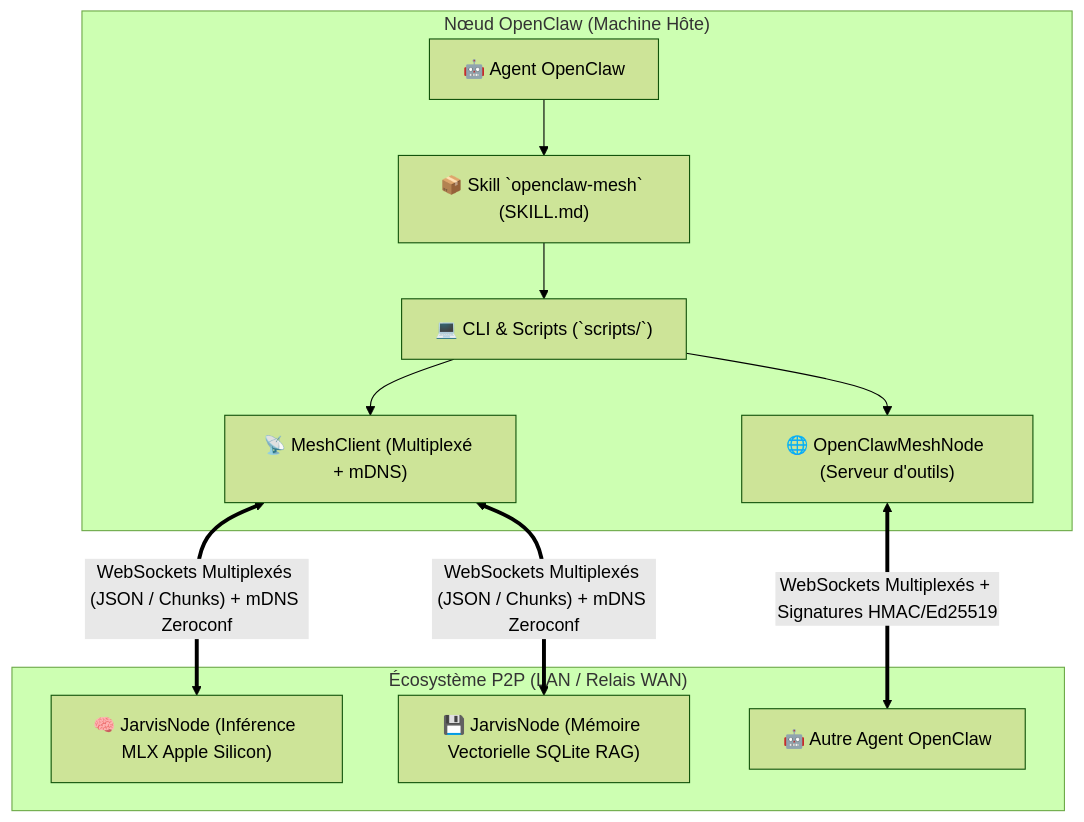
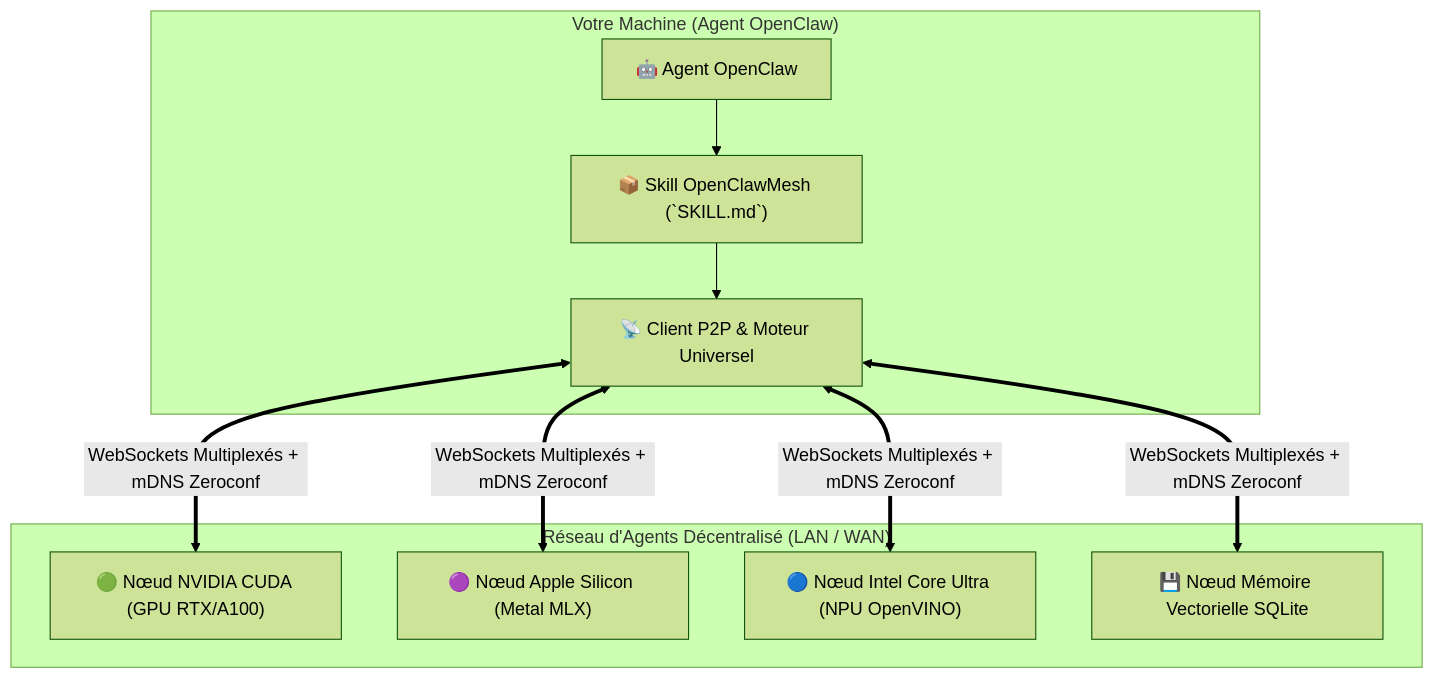
The diagram in README.fr.md (samajesteduroyaume/OpenClawMesh), drawn with Mermaid (forest theme) before and after one commit. The commit also changed other lines of this file and 4 other files, not shown here.

````diff
--- a/README.fr.md
+++ b/README.fr.md
@@ -16,25 +43,22 @@
 ```mermaid
 graph TD
-    subgraph "Nœud OpenClaw (Machine Hôte)"
+    subgraph "Votre Machine (Agent OpenClaw)"
         OC["🤖 Agent OpenClaw"]
-        SKILL["📦 Skill `openclaw-mesh` (SKILL.md)"]
-        CLI["💻 CLI & Scripts (`scripts/`)"]
-        Client["📡 MeshClient (Multiplexé + mDNS)"]
-        Node["🌐 OpenClawMeshNode (Serveur d'outils)"]
-        
+        SKILL["📦 Skill OpenClawMesh (`SKILL.md`)"]
+        Client["📡 Client P2P & Moteur Universel"]
         OC --> SKILL
-        SKILL --> CLI
-        CLI --> Client
-        CLI --> Node
+        SKILL --> Client
     end
 
-    subgraph "Écosystème P2P (LAN / Relais WAN)"
-        JM1["🧠 JarvisNode (Inférence MLX Apple Silicon)"]
-        JM2["💾 JarvisNode (Mémoire Vectorielle SQLite RAG)"]
-        OC2["🤖 Autre Agent OpenClaw"]
+    subgraph "Réseau d'Agents Décentralisé (LAN / WAN)"
+        Node1["🟢 Nœud NVIDIA CUDA (GPU RTX/A100)"]
+        Node2["🟣 Nœud Apple Silicon (Metal MLX)"]
+        Node3["🔵 Nœud Intel Core Ultra (NPU OpenVINO)"]
+        Node4["💾 Nœud Mémoire Vectorielle SQLite"]
     end
 
-    Client <== "WebSockets Multiplexés (JSON / Chunks) + mDNS Zeroconf" ==> JM1
-    Client <== "WebSockets Multiplexés (JSON / Chunks) + mDNS Zeroconf" ==> JM2
-    Node <== "WebSockets Multiplexés + Signatures HMAC/Ed25519" ==> OC2
+    Client <== "WebSockets Multiplexés + mDNS Zeroconf" ==> Node1
+    Client <== "WebSockets Multiplexés + mDNS Zeroconf" ==> Node2
+    Client <== "WebSockets Multiplexés + mDNS Zeroconf" ==> Node3
+    Client <== "WebSockets Multiplexés + mDNS Zeroconf" ==> Node4
 ```
````
